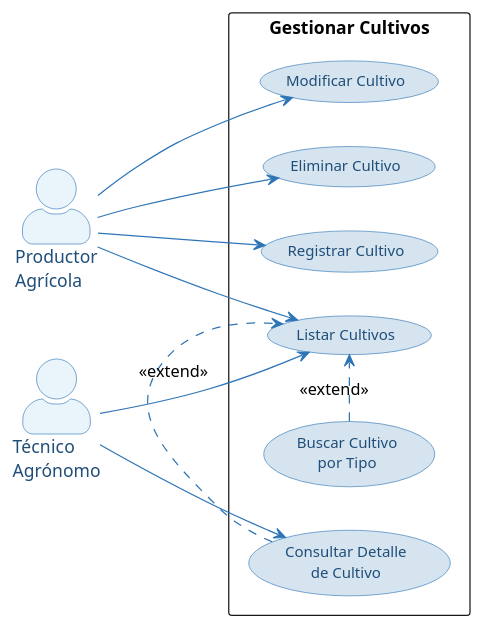
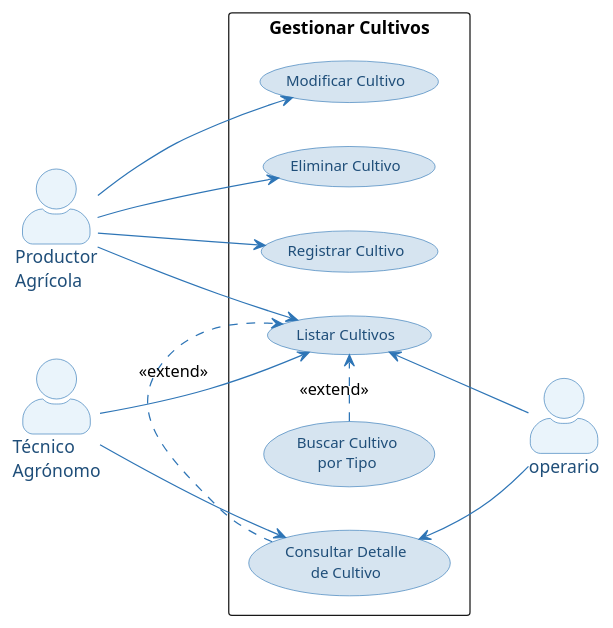
The diagram in primer entregable/casos de uso/caso_n1_UC03.puml (C4mg943/Arquitectura-Proyecto-final), drawn with PlantUML before and after one commit. The commit also changed 6 other files, not shown here.

```diff
--- a/primer entregable/casos de uso/caso_n1_UC03.puml
+++ b/primer entregable/casos de uso/caso_n1_UC03.puml
@@ -1,51 +1,53 @@
 @startuml Casos_de_Uso_Nivel_1_UC03
 left to right direction
 
 skinparam actorStyle awesome
 skinparam packageStyle rectangle
 skinparam usecase {
   BackgroundColor #D6E4F0
   BorderColor #2E75B6
   FontColor #1F4E79
   FontSize 12
 }
 skinparam actor {
   BackgroundColor #EAF4FB
   BorderColor #2E75B6
   FontColor #1F4E79
 }
 skinparam ArrowColor #2E75B6
 
 ' Actores
 actor "Productor\nAgrícola" as Productor
 actor "Técnico\nAgrónomo" as Tecnico
-
+actor "operario" as operario
 ' Sistema
 rectangle "Gestionar Cultivos" {
 
     ' CRUD (arriba)
     usecase "Registrar Cultivo" as UC03_1
     usecase "Modificar Cultivo" as UC03_2
     usecase "Eliminar Cultivo" as UC03_3
     usecase "Listar Cultivos" as UC03_4
 
     ' Consultas (abajo)
     usecase "Buscar Cultivo\npor Tipo" as UC03_5
     usecase "Consultar Detalle\nde Cultivo" as UC03_6
 
     ' Relaciones correctas
     UC03_5 .> UC03_4 : <<extend>>
     UC03_6 .> UC03_4 : <<extend>>
 }
 
 ' Relaciones actores
 Productor --> UC03_1
 Productor --> UC03_2
 Productor --> UC03_3
 Productor --> UC03_4
 
+UC03_4 <-- operario
+UC03_6 <-- operario
 
 Tecnico --> UC03_4
 Tecnico --> UC03_6
 
 @enduml
```
